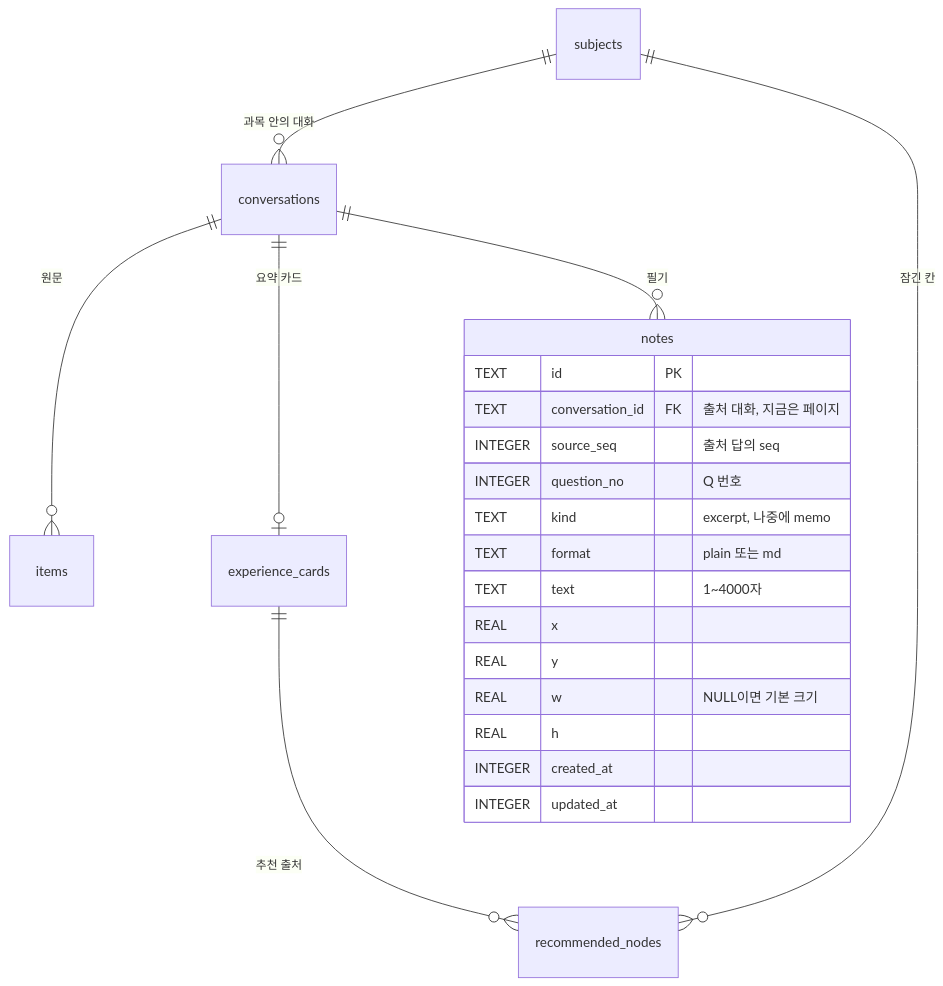
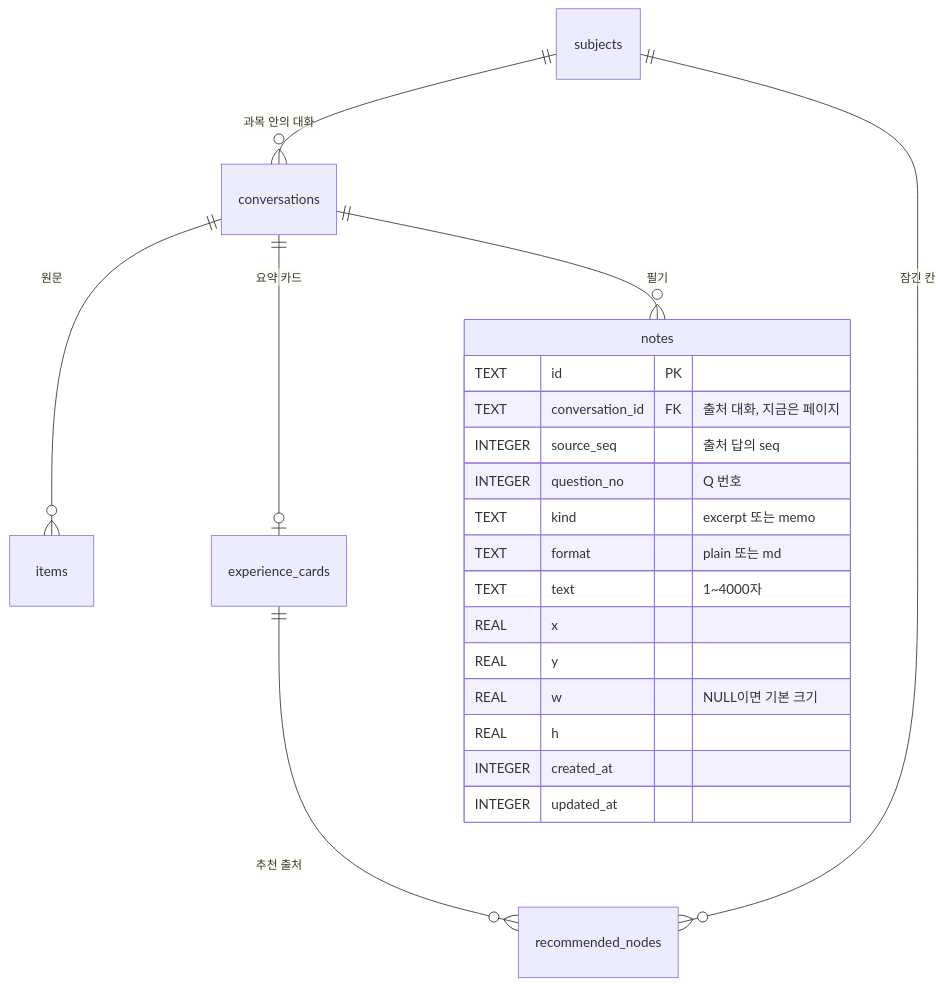
One commit to IBORY-PURPLE/Experii changed the sixth of 8 diagrams in docs/plans/2026-10-30-overnight-desktop/flow-v2.md. Above: the diagram before and after it, drawn with Mermaid. The commit also changed other lines of this file, not shown here.

First line of the commit message:
Narrow the use flow to draft A and align next study with the research

````diff
--- a/docs/plans/2026-10-30-overnight-desktop/flow-v2.md
+++ b/docs/plans/2026-10-30-overnight-desktop/flow-v2.md
@@ -502,24 +588,24 @@
 ```mermaid
 erDiagram
     subjects ||--o{ conversations : "과목 안의 대화"
     conversations ||--o{ items : "원문"
     conversations ||--o| experience_cards : "요약 카드"
     conversations ||--o{ notes : "필기"
     subjects ||--o{ recommended_nodes : "잠긴 칸"
     experience_cards ||--o{ recommended_nodes : "추천 출처"
     notes {
         TEXT id PK
         TEXT conversation_id FK "출처 대화, 지금은 페이지"
         INTEGER source_seq "출처 답의 seq"
         INTEGER question_no "Q 번호"
-        TEXT kind "excerpt, 나중에 memo"
+        TEXT kind "excerpt 또는 memo"
         TEXT format "plain 또는 md"
         TEXT text "1~4000자"
         REAL x
         REAL y
         REAL w "NULL이면 기본 크기"
         REAL h
         INTEGER created_at
         INTEGER updated_at
     }
 ```
````
